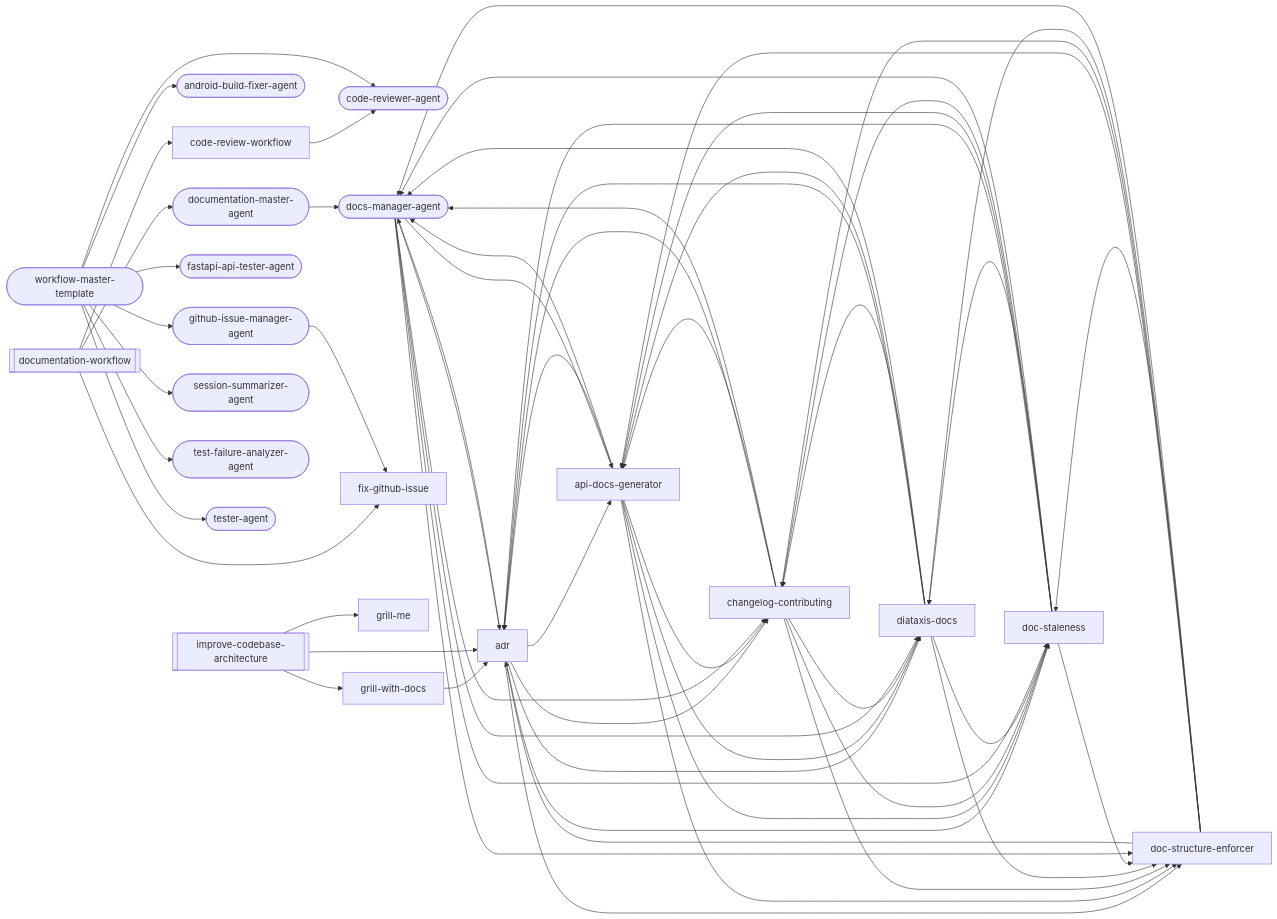
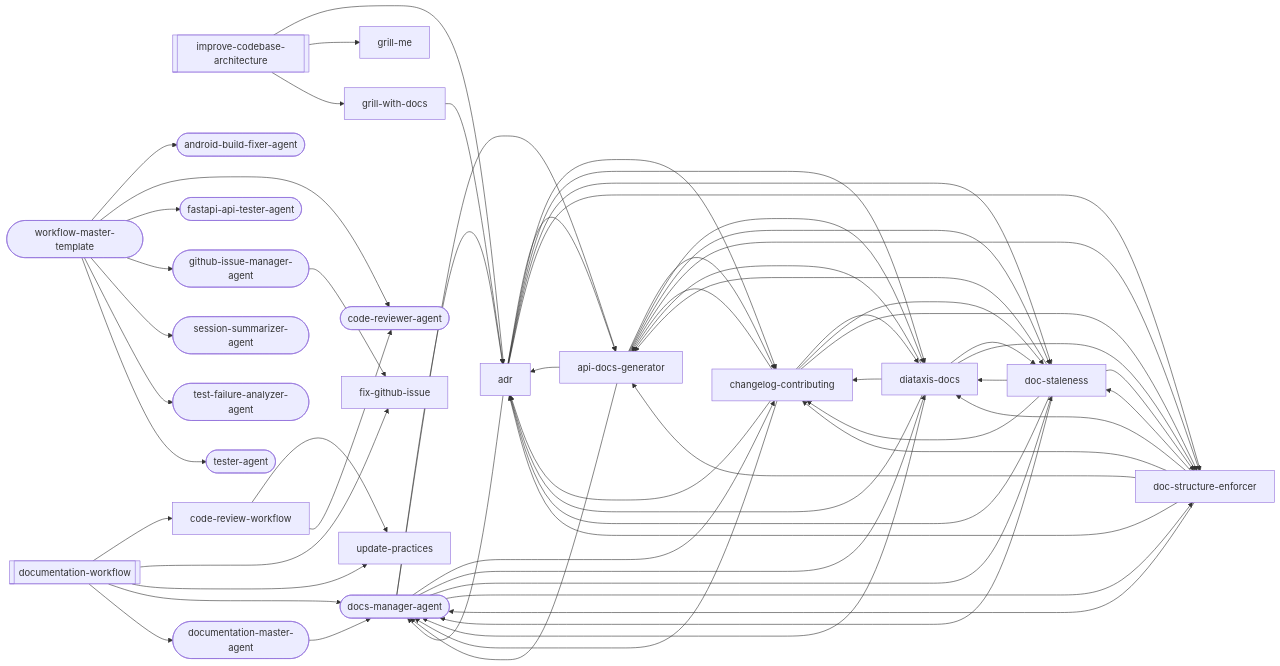
Before and after one commit to abhayla/claude-best-practices: the fourth of 17 diagrams in docs/workflows/documentation.md, drawn with Mermaid. The commit also changed other lines of this file and 12 other files, not shown here.

```diff
--- a/docs/workflows/documentation.md
+++ b/docs/workflows/documentation.md
@@ -630,6 +683,7 @@
     session_summarizer_agent(["session-summarizer-agent"])
     test_failure_analyzer_agent(["test-failure-analyzer-agent"])
     tester_agent(["tester-agent"])
+    update_practices["update-practices"]
     adr --> api_docs_generator
     adr --> changelog_contributing
     adr --> diataxis_docs
@@ -648,6 +702,7 @@
     changelog_contributing --> doc_staleness
     changelog_contributing --> doc_structure_enforcer
     changelog_contributing --> docs_manager_agent
+    code_review_workflow --> update_practices
     code_review_workflow --> code_reviewer_agent
     diataxis_docs --> adr
     diataxis_docs --> api_docs_generator
@@ -669,6 +724,8 @@
     doc_structure_enforcer --> docs_manager_agent
     documentation_workflow --> code_review_workflow
     documentation_workflow --> fix_github_issue
+    documentation_workflow --> update_practices
+    documentation_workflow --> docs_manager_agent
     documentation_workflow --> documentation_master_agent
     grill_with_docs --> adr
     improve_codebase_architecture --> adr
```
